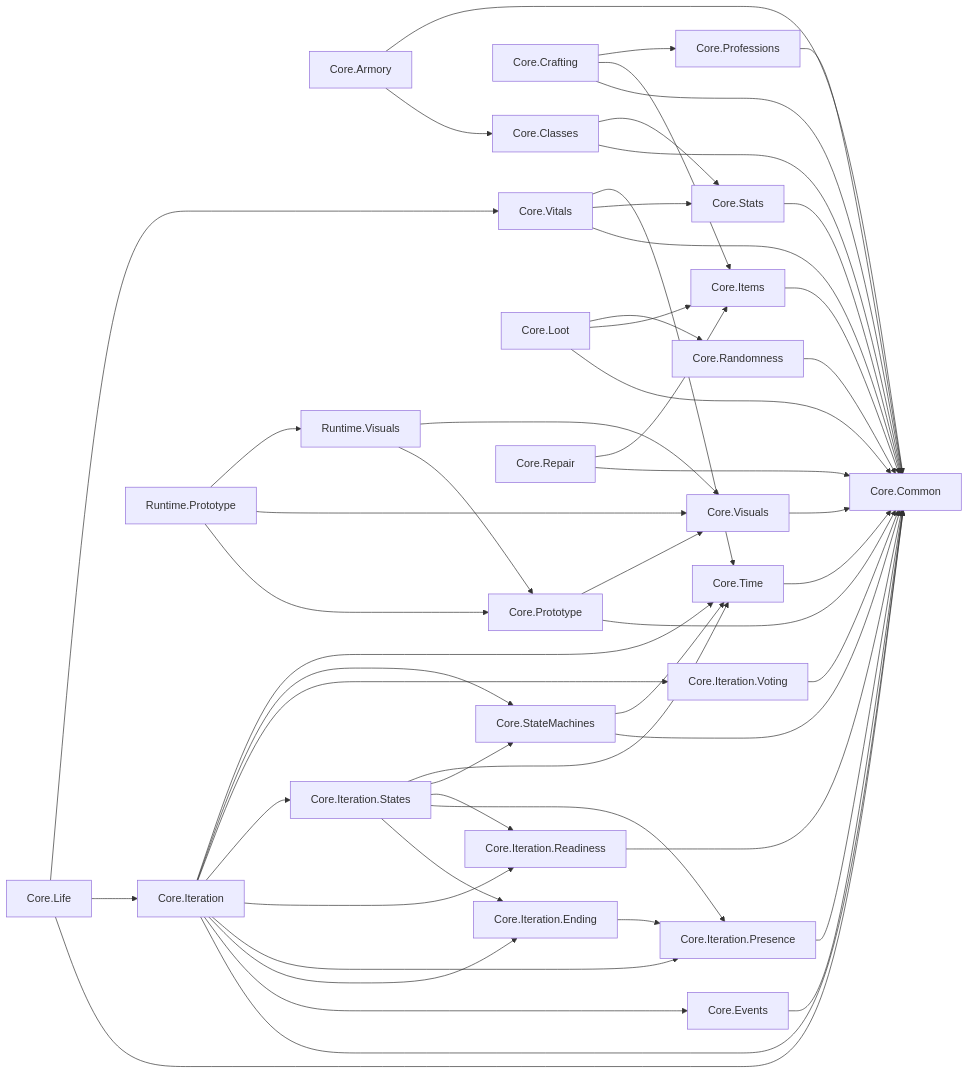
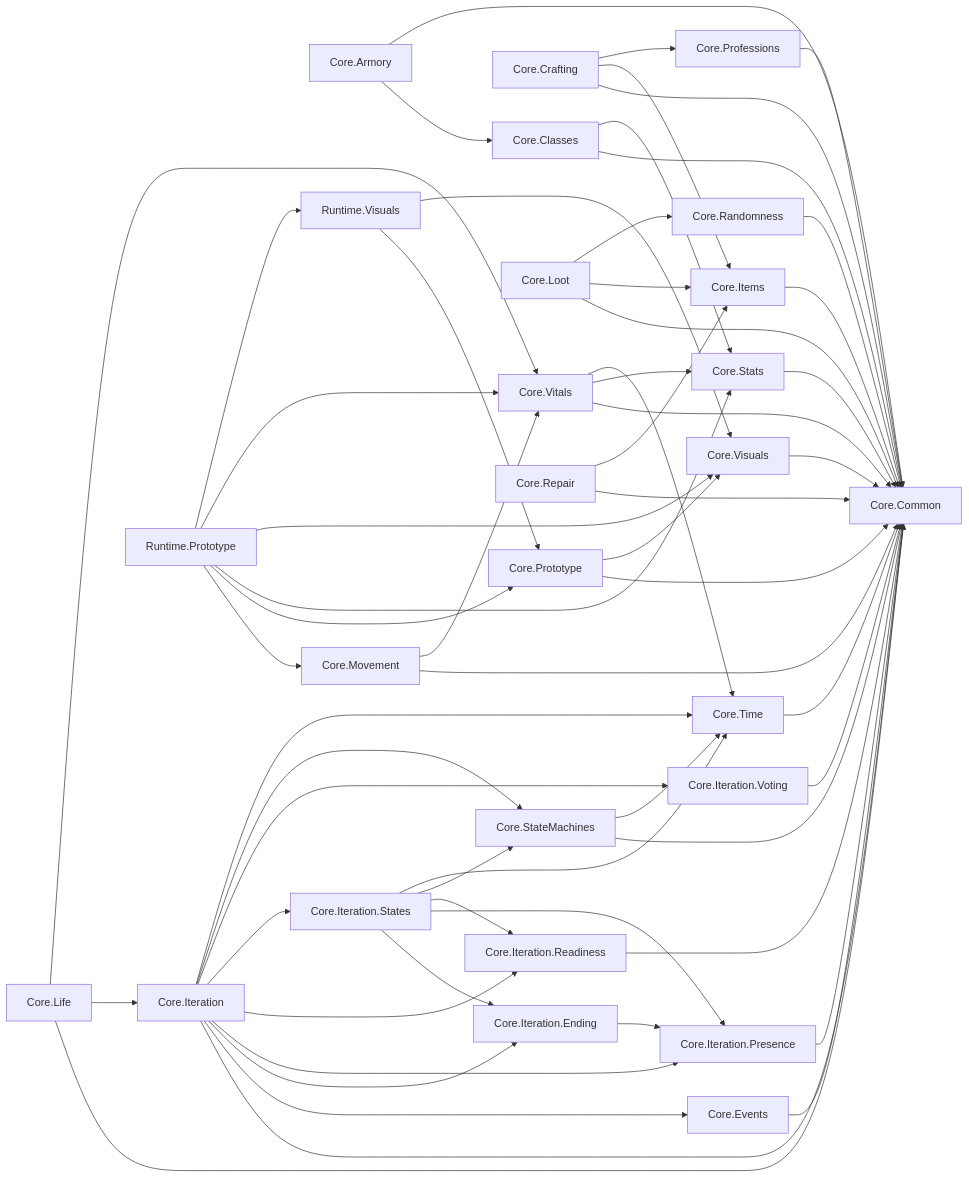
Before and after one commit to LazaroPol/Acensor: the diagram in docs/arquitectura/MODULOS.md, drawn with Mermaid. The commit also changed other lines of this file and 25 other files, not shown here.

````diff
--- a/docs/arquitectura/MODULOS.md
+++ b/docs/arquitectura/MODULOS.md
@@ -37,80 +38,54 @@
 ```mermaid
 flowchart LR
   n0["Core.Armory"]
   n1["Core.Classes"]
   n2["Core.Common"]
   n3["Core.Crafting"]
   n4["Core.Events"]
   n5["Core.Items"]
   n6["Core.Iteration"]
   n7["Core.Iteration.Ending"]
   n8["Core.Iteration.Presence"]
   n9["Core.Iteration.Readiness"]
   n10["Core.Iteration.States"]
   n11["Core.Iteration.Voting"]
   n12["Core.Life"]
   n13["Core.Loot"]
-  n14["Core.Professions"]
-  n15["Core.Prototype"]
-  n16["Core.Randomness"]
-  n17["Core.Repair"]
-  n18["Core.StateMachines"]
-  n19["Core.Stats"]
-  n20["Core.Time"]
-  n21["Core.Visuals"]
-  n22["Core.Vitals"]
-  n23["Runtime.Prototype"]
-  n24["Runtime.Visuals"]
-  n0 --> n1
-  n0 --> n2
-  n1 --> n2
-  n1 --> n19
-  n3 --> n2
-  n3 --> n5
-  n3 --> n14
+  n14["Core.Movement"]
+  n15["Core.Professions"]
+  n16["Core.Prototype"]
+  n17["Core.Randomness"]
+  n18["Core.Repair"]
+  n19["Core.StateMachines"]
+  n20["Core.Stats"]
+  n21["Core.Time"]
+  n22["Core.Visuals"]
+  n23["Core.Vitals"]
+  n24["Runtime.Prototype"]
+  n25["Runtime.Visuals"]
+  n0 --> n1 & n2
+  n1 --> n2 & n20
+  n3 --> n2 & n5 & n15
   n4 --> n2
   n5 --> n2
-  n6 --> n2
-  n6 --> n4
-  n6 --> n7
-  n6 --> n8
-  n6 --> n9
-  n6 --> n10
-  n6 --> n11
-  n6 --> n18
-  n6 --> n20
+  n6 --> n2 & n4 & n7 & n8 & n9 & n10 & n11 & n19 & n21
   n7 --> n8
   n8 --> n2
   n9 --> n2
-  n10 --> n7
-  n10 --> n8
-  n10 --> n9
-  n10 --> n18
-  n10 --> n20
+  n10 --> n7 & n8 & n9 & n19 & n21
   n11 --> n2
-  n12 --> n2
-  n12 --> n6
-  n12 --> n22
-  n13 --> n2
-  n13 --> n5
-  n13 --> n16
-  n14 --> n2
+  n12 --> n2 & n6 & n23
+  n13 --> n2 & n5 & n17
+  n14 --> n2 & n23
   n15 --> n2
-  n15 --> n21
-  n16 --> n2
+  n16 --> n2 & n22
   n17 --> n2
-  n17 --> n5
-  n18 --> n2
-  n18 --> n20
-  n19 --> n2
+  n18 --> n2 & n5
+  n19 --> n2 & n21
   n20 --> n2
   n21 --> n2
   n22 --> n2
-  n22 --> n19
-  n22 --> n20
-  n23 --> n15
-  n23 --> n21
-  n23 --> n24
-  n24 --> n15
-  n24 --> n21
+  n23 --> n2 & n20 & n21
+  n24 --> n14 & n16 & n20 & n22 & n23 & n25
+  n25 --> n16 & n22
 ```
````
